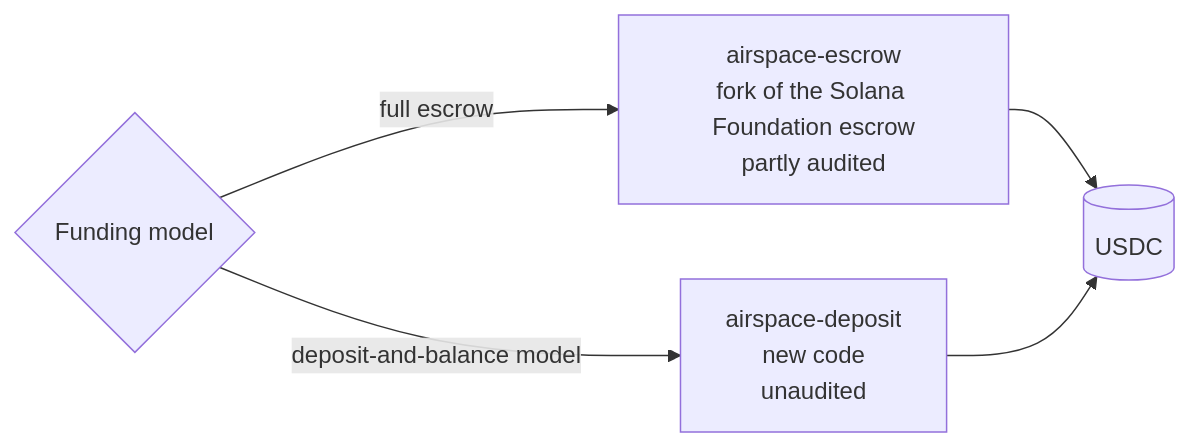
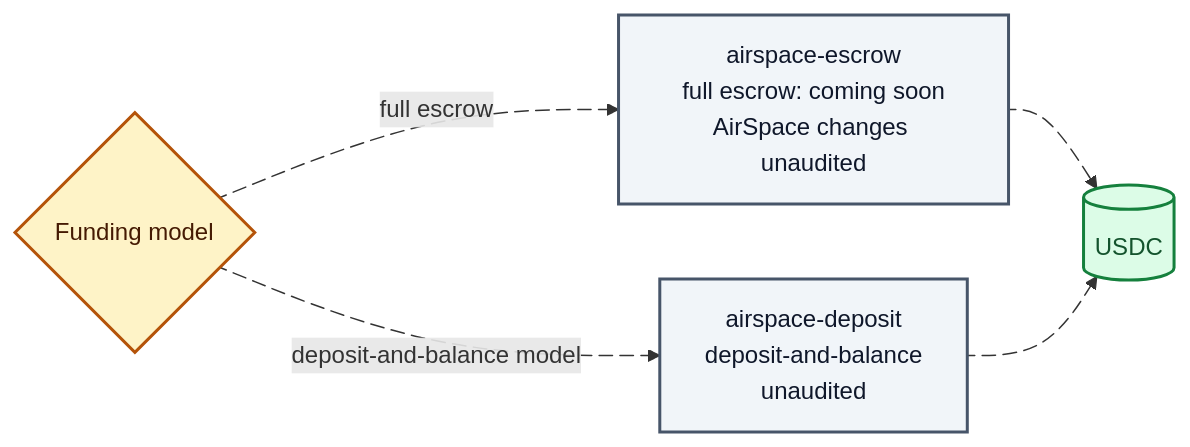
One commit to visit-airspace/airspace-contracts changed the seventh of 7 diagrams in README.md. Above: the diagram before and after it, drawn with Mermaid. The commit also changed other lines of this file, not shown here.

Commit message:
docs: clarify sponsor trust and animate contract diagrams

````diff
--- a/README.md
+++ b/README.md
@@ -143,8 +258,18 @@
 ```mermaid
 flowchart LR
     Auction{Funding model}
-    Auction -->|full escrow| E[airspace-escrow<br/>fork of the Solana Foundation escrow<br/>partly audited]
-    Auction -->|deposit-and-balance model| D[airspace-deposit<br/>new code<br/>unaudited]
-    E --> Money[(USDC)]
-    D --> Money
+    Auction e1@-->|full escrow| E[airspace-escrow<br/>full escrow: coming soon<br/>AirSpace changes unaudited]
+    Auction e2@-->|deposit-and-balance model| D[airspace-deposit<br/>deposit-and-balance<br/>unaudited]
+    E e3@--> Money[(USDC)]
+    D e4@--> Money
+    e1@{ animation: slow }
+    e2@{ animation: slow }
+    e3@{ animation: slow }
+    e4@{ animation: slow }
+    classDef rules fill:#FEF3C7,stroke:#B45309,color:#451A03,stroke-width:2px;
+    class Auction rules;
+    classDef record fill:#F1F5F9,stroke:#475569,color:#0F172A,stroke-width:2px;
+    class E,D record;
+    classDef money fill:#DCFCE7,stroke:#15803D,color:#14532D,stroke-width:2px;
+    class Money money;
 ```
````
